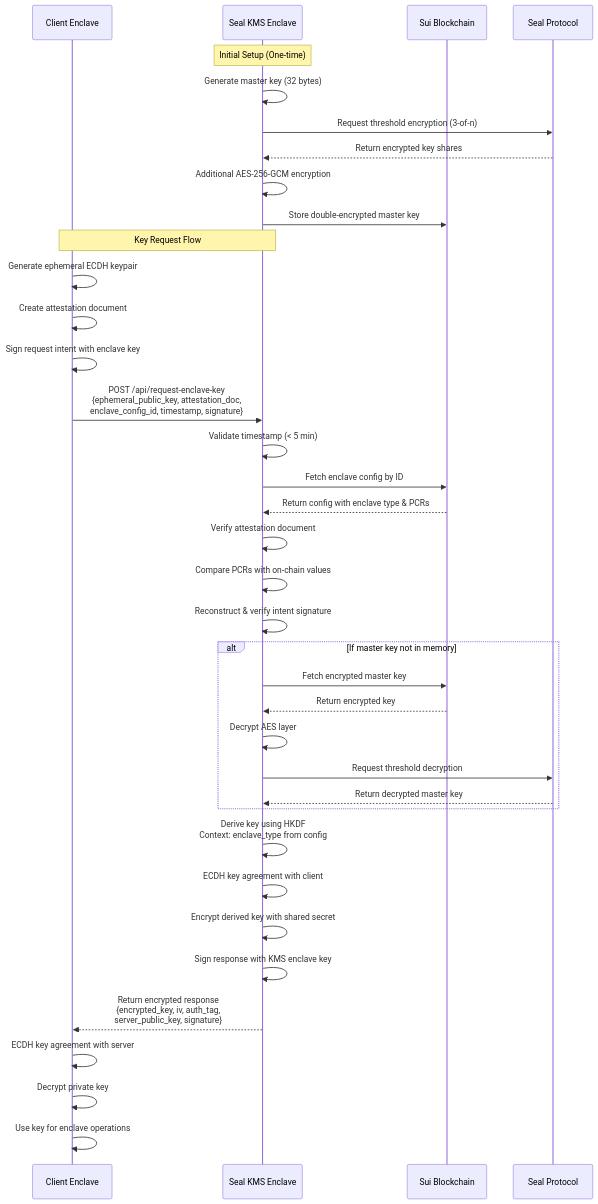
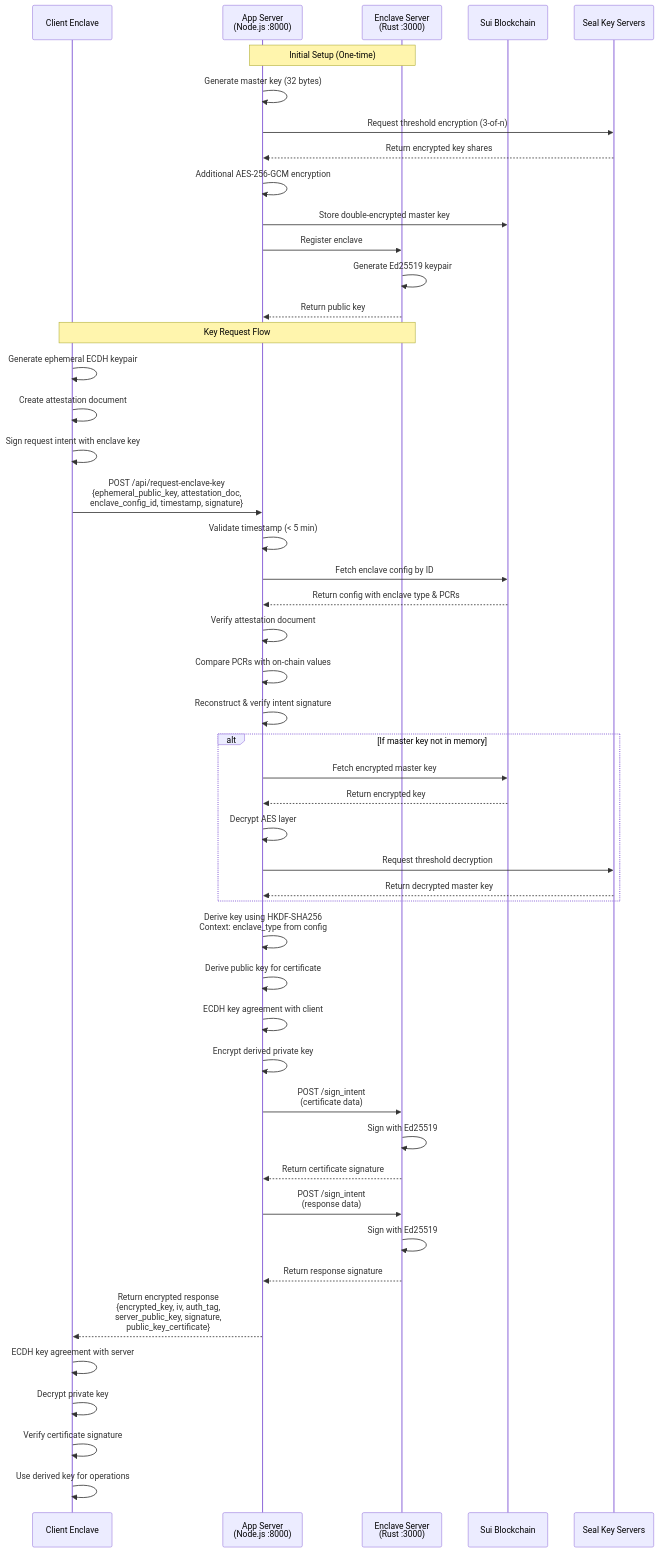
The diagram in README.md (lockin-bot/seal-kms), drawn with Mermaid before and after one commit. The commit also changed other lines of this file, not shown here.

Commit message:
chore: update README to reflect latest API changes

````diff
--- a/README.md
+++ b/README.md
@@ -27,48 +49,61 @@
 ```mermaid
 sequenceDiagram
     participant Client as Client Enclave
-    participant KMS as Seal KMS Enclave
+    participant App as App Server<br/>(Node.js :8000)
+    participant Enclave as Enclave Server<br/>(Rust :3000)
     participant Sui as Sui Blockchain
-    participant Seal as Seal Protocol
+    participant Seal as Seal Key Servers
 
-    Note over KMS: Initial Setup (One-time)
-    KMS->>KMS: Generate master key (32 bytes)
-    KMS->>Seal: Request threshold encryption (3-of-n)
-    Seal-->>KMS: Return encrypted key shares
-    KMS->>KMS: Additional AES-256-GCM encryption
-    KMS->>Sui: Store double-encrypted master key
-    
-    Note over Client,KMS: Key Request Flow
+    Note over App,Enclave: Initial Setup (One-time)
+    App->>App: Generate master key (32 bytes)
+    App->>Seal: Request threshold encryption (3-of-n)
+    Seal-->>App: Return encrypted key shares
+    App->>App: Additional AES-256-GCM encryption
+    App->>Sui: Store double-encrypted master key
+    App->>Enclave: Register enclave
+    Enclave->>Enclave: Generate Ed25519 keypair
+    Enclave-->>App: Return public key
+
+    Note over Client,Enclave: Key Request Flow
     Client->>Client: Generate ephemeral ECDH keypair
     Client->>Client: Create attestation document
     Client->>Client: Sign request intent with enclave key
-    
-    Client->>KMS: POST /api/request-enclave-key<br/>{ephemeral_public_key, attestation_doc,<br/>enclave_config_id, timestamp, signature}
-    
-    KMS->>KMS: Validate timestamp (< 5 min)
-    KMS->>Sui: Fetch enclave config by ID
-    Sui-->>KMS: Return config with enclave type & PCRs
-    
-    KMS->>KMS: Verify attestation document
-    KMS->>KMS: Compare PCRs with on-chain values
-    KMS->>KMS: Reconstruct & verify intent signature
-    
+
+    Client->>App: POST /api/request-enclave-key<br/>{ephemeral_public_key, attestation_doc,<br/>enclave_config_id, timestamp, signature}
+
+    App->>App: Validate timestamp (< 5 min)
+    App->>Sui: Fetch enclave config by ID
+    Sui-->>App: Return config with enclave type & PCRs
+
+    App->>App: Verify attestation document
+    App->>App: Compare PCRs with on-chain values
+    App->>App: Reconstruct & verify intent signature
+
     alt If master key not in memory
-        KMS->>Sui: Fetch encrypted master key
-        Sui-->>KMS: Return encrypted key
-        KMS->>KMS: Decrypt AES layer
-        KMS->>Seal: Request threshold decryption
-        Seal-->>KMS: Return decrypted master key
+        App->>Sui: Fetch encrypted master key
+        Sui-->>App: Return encrypted key
+        App->>App: Decrypt AES layer
+        App->>Seal: Request threshold decryption
+        Seal-->>App: Return decrypted master key
     end
-    
-    KMS->>KMS: Derive key using HKDF<br/>Context: enclave_type from config
-    KMS->>KMS: ECDH key agreement with client
-    KMS->>KMS: Encrypt derived key with shared secret
-    KMS->>KMS: Sign response with KMS enclave key
-    
-    KMS-->>Client: Return encrypted response<br/>{encrypted_key, iv, auth_tag,<br/>server_public_key, signature}
-    
+
+    App->>App: Derive key using HKDF-SHA256<br/>Context: enclave_type from config
+    App->>App: Derive public key for certificate
+    App->>App: ECDH key agreement with client
+    App->>App: Encrypt derived private key
+
+    App->>Enclave: POST /sign_intent<br/>(certificate data)
+    Enclave->>Enclave: Sign with Ed25519
+    Enclave-->>App: Return certificate signature
+
+    App->>Enclave: POST /sign_intent<br/>(response data)
+    Enclave->>Enclave: Sign with Ed25519
+    Enclave-->>App: Return response signature
+
+    App-->>Client: Return encrypted response<br/>{encrypted_key, iv, auth_tag,<br/>server_public_key, signature,<br/>public_key_certificate}
+
     Client->>Client: ECDH key agreement with server
     Client->>Client: Decrypt private key
-    Client->>Client: Use key for enclave operations
+    Client->>Client: Verify certificate signature
+    Client->>Client: Use derived key for operations
 ```
````
